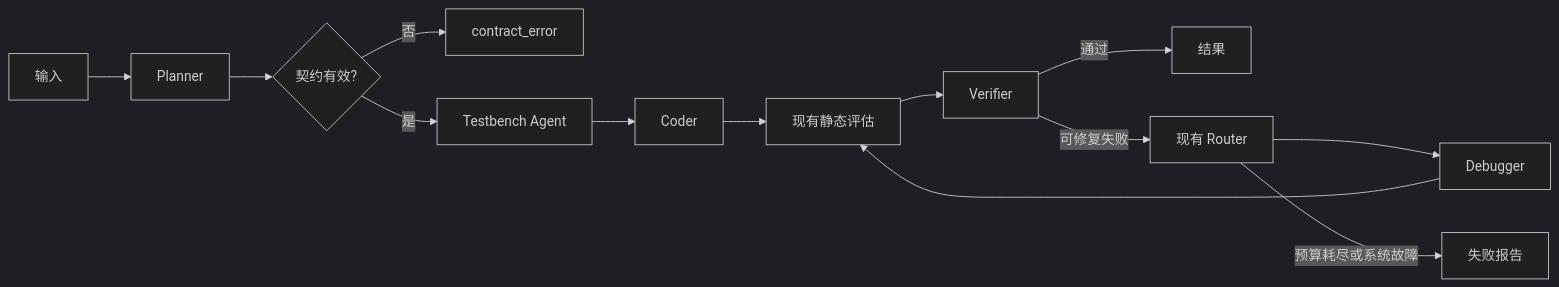
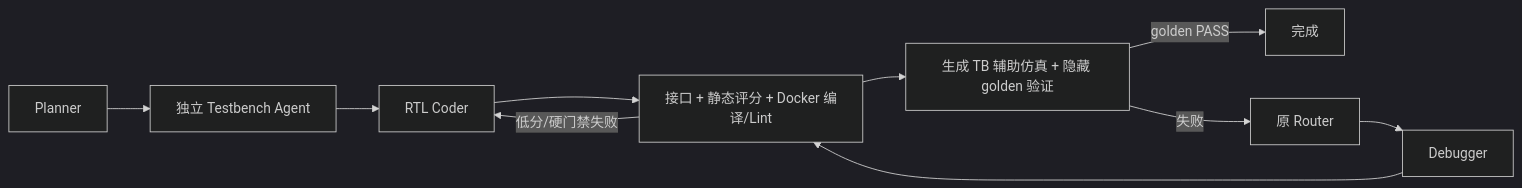
One commit to MANTOKA/RTLForge changed the diagram in docs/03-architecture.md. Above: the diagram before and after it, drawn with Mermaid (dark theme). The commit also changed other lines of this file and 59 other files, not shown here.

````diff
--- a/docs/03-architecture.md
+++ b/docs/03-architecture.md
@@ -9,15 +7,12 @@
 ```mermaid
 flowchart LR
-    I[输入] --> P[Planner]
-    P --> C{契约有效?}
-    C -->|否| X[contract_error]
-    C -->|是| T[Testbench Agent]
-    T --> G[Coder]
-    G --> E[现有静态评估]
-    E --> V[Verifier]
-    V -->|通过| O[结果]
-    V -->|可修复失败| R[现有 Router]
-    R --> D[Debugger]
-    D --> E
-    R -->|预算耗尽或系统故障| F[失败报告]
+  P[Planner] --> T[独立 Testbench Agent]
+  T --> C[RTL Coder]
+  C --> E[接口 + 静态评分 + Docker 编译/Lint]
+  E --> V[生成 TB 辅助仿真 + 隐藏 golden 验证]
+  V -->|golden PASS| O[完成]
+  V -->|失败| R[原 Router]
+  R --> D[Debugger]
+  D --> E
+  E -->|低分/硬门禁失败| C
 ```
````
